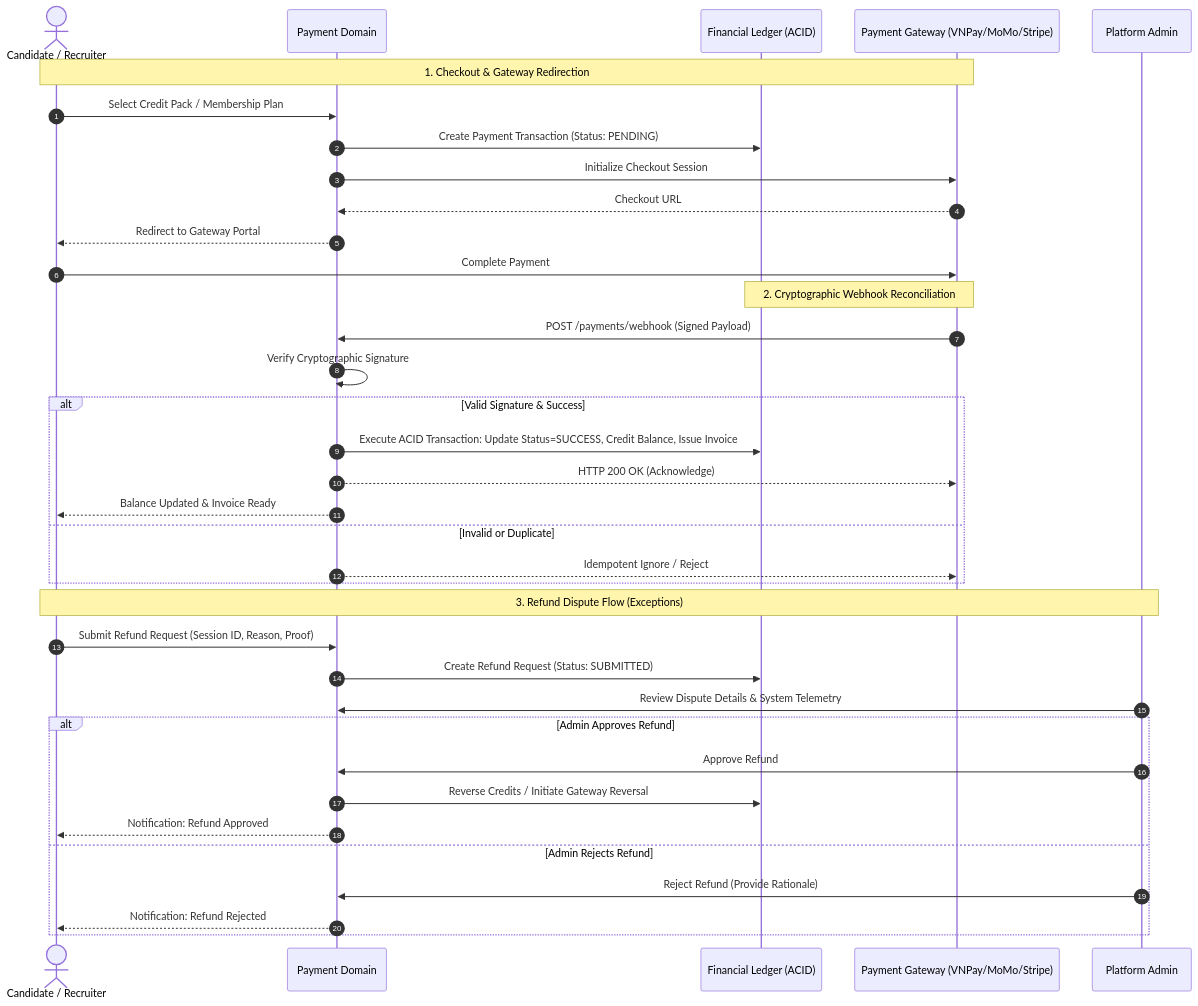
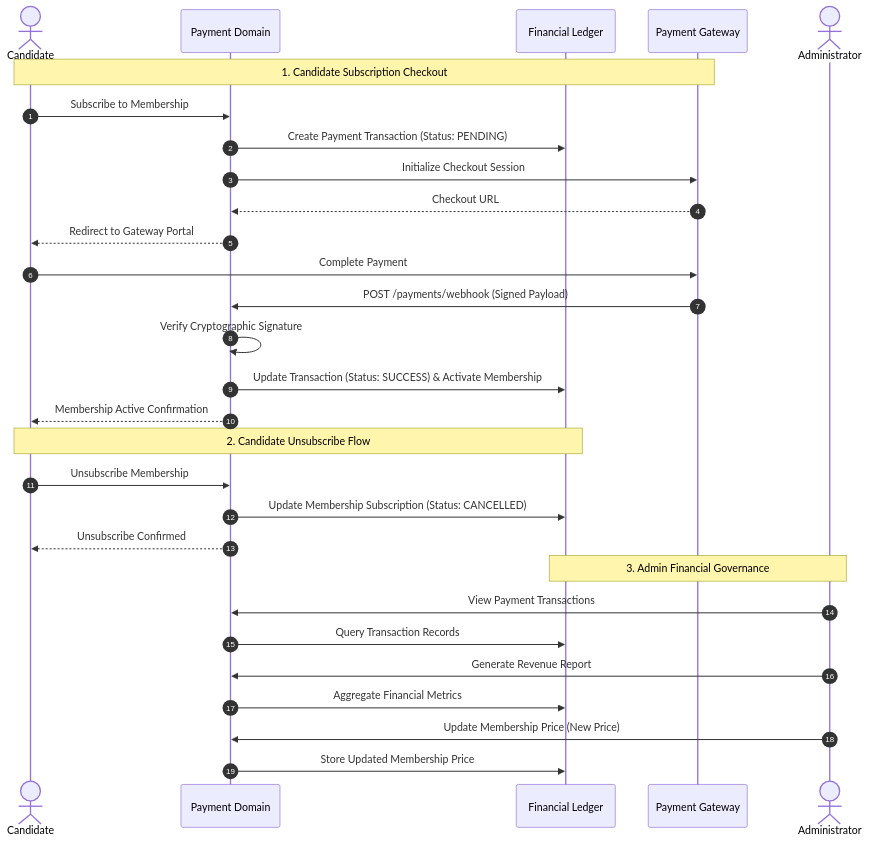
One commit to swp391-group3/ai-interview-practice-brain changed the diagram in 01_Domains/Payment/README.md. Above: the diagram before and after it, drawn with Mermaid. The commit also changed other lines of this file and 17 other files, not shown here.

````diff
--- a/01_Domains/Payment/README.md
+++ b/01_Domains/Payment/README.md
@@ -57,41 +54,34 @@
 ```mermaid
 sequenceDiagram
     autonumber
-    actor User as Candidate / Recruiter
+    actor Candidate
     participant Pay as Payment Domain
-    participant DB as Financial Ledger (ACID)
-    participant Gateway as Payment Gateway (VNPay/MoMo/Stripe)
-    participant Admin as Platform Admin
+    participant DB as Financial Ledger
+    participant Gateway as Payment Gateway
+    actor Admin as Administrator
 
-    Note over User,Gateway: 1. Checkout & Gateway Redirection
-    User->>Pay: Select Credit Pack / Membership Plan
+    Note over Candidate,Gateway: 1. Candidate Subscription Checkout
+    Candidate->>Pay: Subscribe to Membership
     Pay->>DB: Create Payment Transaction (Status: PENDING)
     Pay->>Gateway: Initialize Checkout Session
     Gateway-->>Pay: Checkout URL
-    Pay-->>User: Redirect to Gateway Portal
-    User->>Gateway: Complete Payment
-
-    Note over Gateway,DB: 2. Cryptographic Webhook Reconciliation
+    Pay-->>Candidate: Redirect to Gateway Portal
+    Candidate->>Gateway: Complete Payment
     Gateway->>Pay: POST /payments/webhook (Signed Payload)
     Pay->>Pay: Verify Cryptographic Signature
-    alt Valid Signature & Success
-        Pay->>DB: Execute ACID Transaction: Update Status=SUCCESS, Credit Balance, Issue Invoice
-        Pay-->>Gateway: HTTP 200 OK (Acknowledge)
-        Pay-->>User: Balance Updated & Invoice Ready
-    else Invalid or Duplicate
-        Pay-->>Gateway: Idempotent Ignore / Reject
-    end
+    Pay->>DB: Update Transaction (Status: SUCCESS) & Activate Membership
+    Pay-->>Candidate: Membership Active Confirmation
 
-    Note over User,Admin: 3. Refund Dispute Flow (Exceptions)
-    User->>Pay: Submit Refund Request (Session ID, Reason, Proof)
-    Pay->>DB: Create Refund Request (Status: SUBMITTED)
-    Admin->>Pay: Review Dispute Details & System Telemetry
-    alt Admin Approves Refund
-        Admin->>Pay: Approve Refund
-        Pay->>DB: Reverse Credits / Initiate Gateway Reversal
-        Pay-->>User: Notification: Refund Approved
-    else Admin Rejects Refund
-        Admin->>Pay: Reject Refund (Provide Rationale)
-        Pay-->>User: Notification: Refund Rejected
-    end
+    Note over Candidate,DB: 2. Candidate Unsubscribe Flow
+    Candidate->>Pay: Unsubscribe Membership
+    Pay->>DB: Update Membership Subscription (Status: CANCELLED)
+    Pay-->>Candidate: Unsubscribe Confirmed
+
+    Note over Admin,DB: 3. Admin Financial Governance
+    Admin->>Pay: View Payment Transactions
+    Pay->>DB: Query Transaction Records
+    Admin->>Pay: Generate Revenue Report
+    Pay->>DB: Aggregate Financial Metrics
+    Admin->>Pay: Update Membership Price (New Price)
+    Pay->>DB: Store Updated Membership Price
 ```
````
